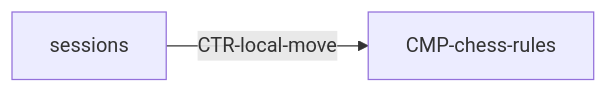
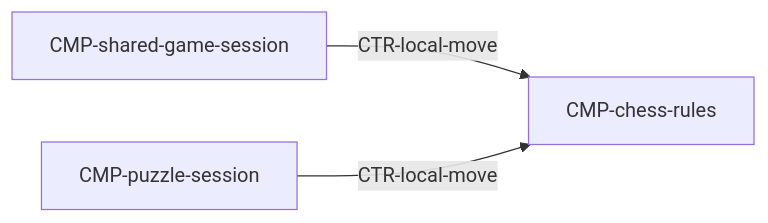
Before and after one commit to waigore/simplechessv2: the diagram in specs/technical/components/chess-rules.md, drawn with Mermaid.

Commit message:
Fix chess-rules diagram to label drawn peers with element IDs (Refs #248)

````diff
--- a/specs/technical/components/chess-rules.md
+++ b/specs/technical/components/chess-rules.md
@@ -35,6 +35,8 @@
 ```mermaid
 flowchart LR
-  S[sessions]
+  G[CMP-shared-game-session]
+  P[CMP-puzzle-session]
   C[CMP-chess-rules]
-  S -->|CTR-local-move| C
+  G -->|CTR-local-move| C
+  P -->|CTR-local-move| C
 ```
````
